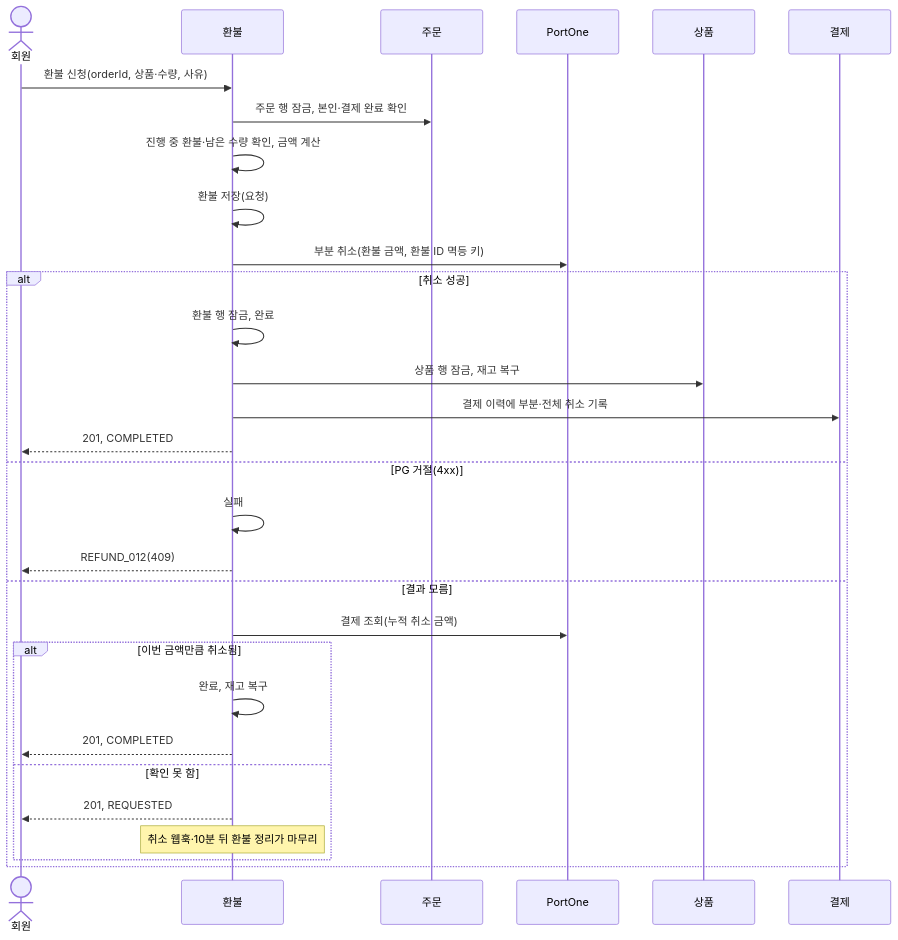
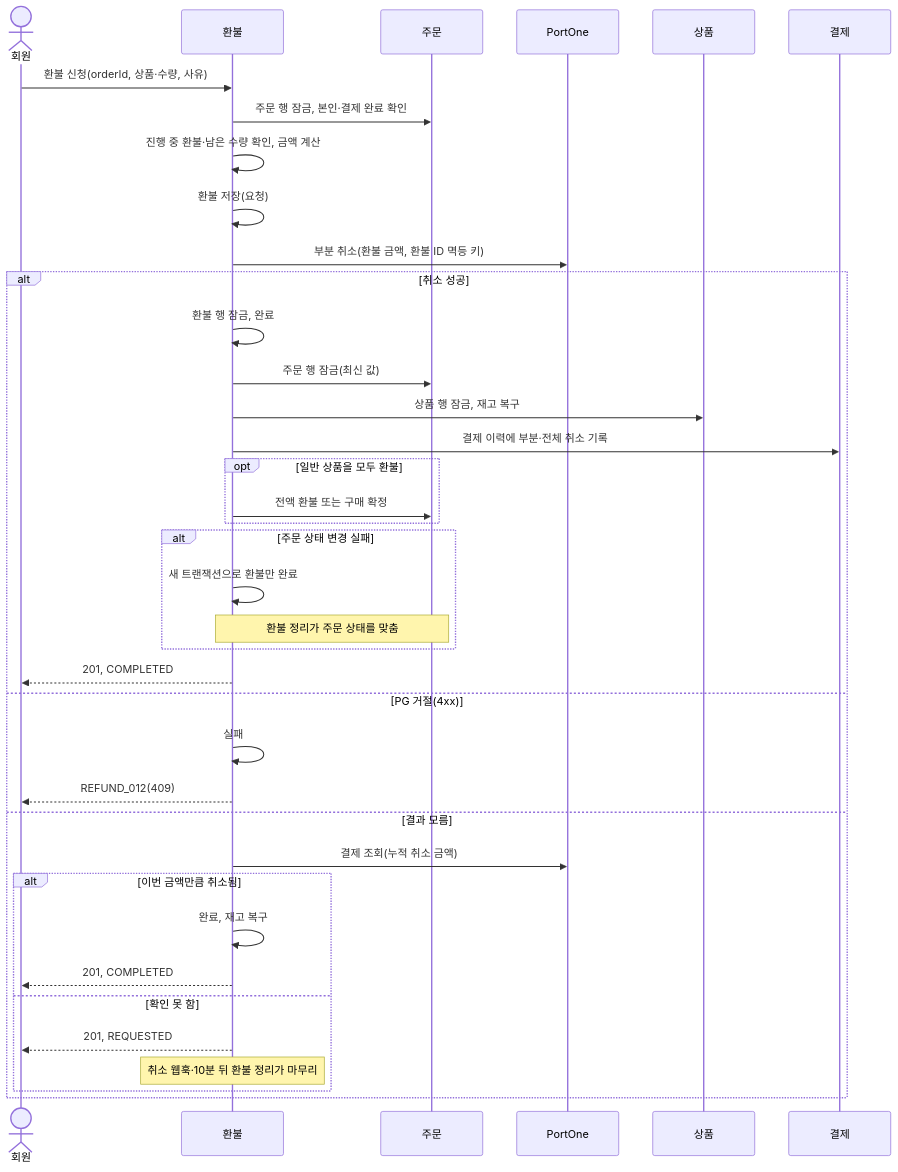
Before and after one commit to sparta-final-4/take-care-of-my-fridge: the diagram in docs/architecture/domains/refund.md, drawn with Mermaid. The commit also changed other lines of this file and 11 other files, not shown here.

````diff
--- a/docs/architecture/domains/refund.md
+++ b/docs/architecture/domains/refund.md
@@ -53,32 +66,40 @@
 ```mermaid
 sequenceDiagram
     actor 회원
     participant 환불
     participant 주문
     participant PG as PortOne
     participant 상품
     participant 결제
     회원->>환불: 환불 신청(orderId, 상품·수량, 사유)
     환불->>주문: 주문 행 잠금, 본인·결제 완료 확인
     환불->>환불: 진행 중 환불·남은 수량 확인, 금액 계산
     환불->>환불: 환불 저장(요청)
     환불->>PG: 부분 취소(환불 금액, 환불 ID 멱등 키)
     alt 취소 성공
         환불->>환불: 환불 행 잠금, 완료
+        환불->>주문: 주문 행 잠금(최신 값)
         환불->>상품: 상품 행 잠금, 재고 복구
         환불->>결제: 결제 이력에 부분·전체 취소 기록
+        opt 일반 상품을 모두 환불
+            환불->>주문: 전액 환불 또는 구매 확정
+        end
+        alt 주문 상태 변경 실패
+            환불->>환불: 새 트랜잭션으로 환불만 완료
+            Note over 환불,주문: 환불 정리가 주문 상태를 맞춤
+        end
         환불-->>회원: 201, COMPLETED
     else PG 거절(4xx)
         환불->>환불: 실패
         환불-->>회원: REFUND_012(409)
     else 결과 모름
         환불->>PG: 결제 조회(누적 취소 금액)
         alt 이번 금액만큼 취소됨
             환불->>환불: 완료, 재고 복구
             환불-->>회원: 201, COMPLETED
         else 확인 못 함
             환불-->>회원: 201, REQUESTED
             Note over 환불: 취소 웹훅·10분 뒤 환불 정리가 마무리
         end
     end
 ```
````
